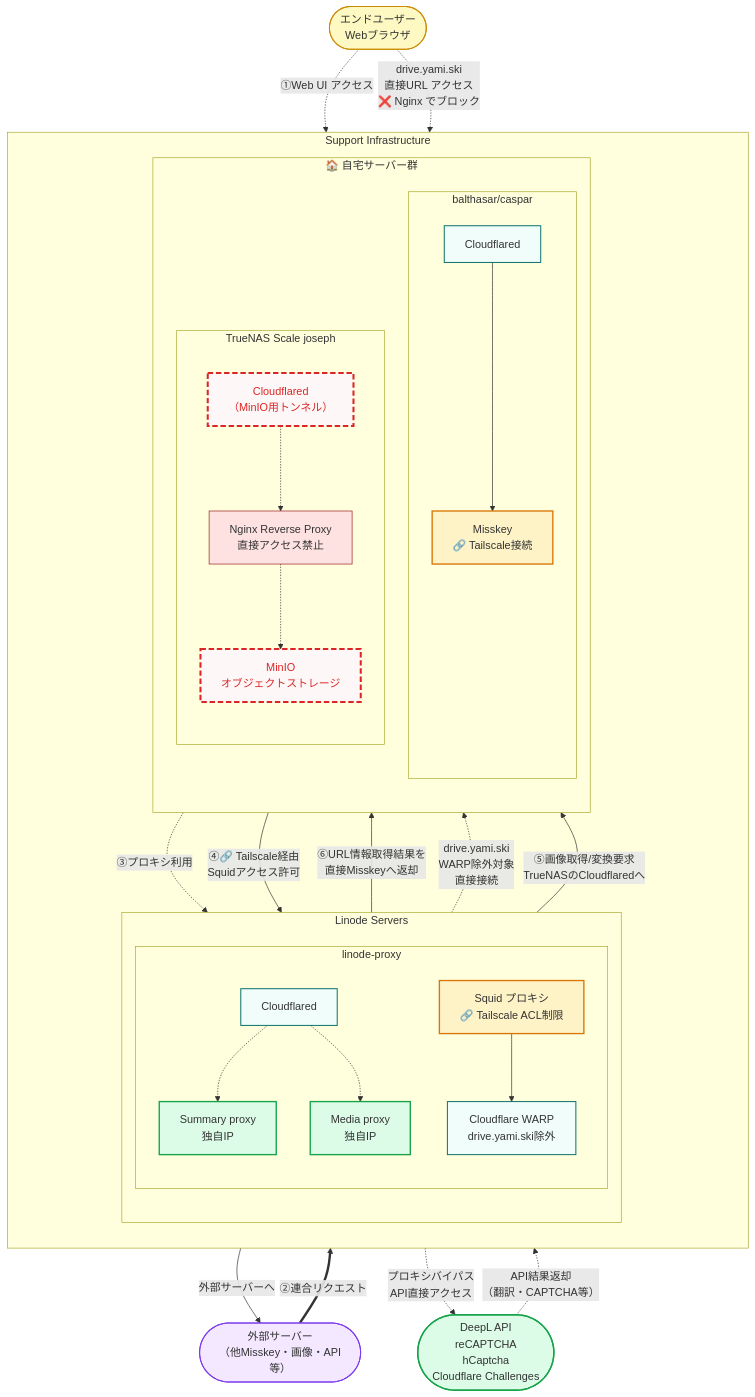
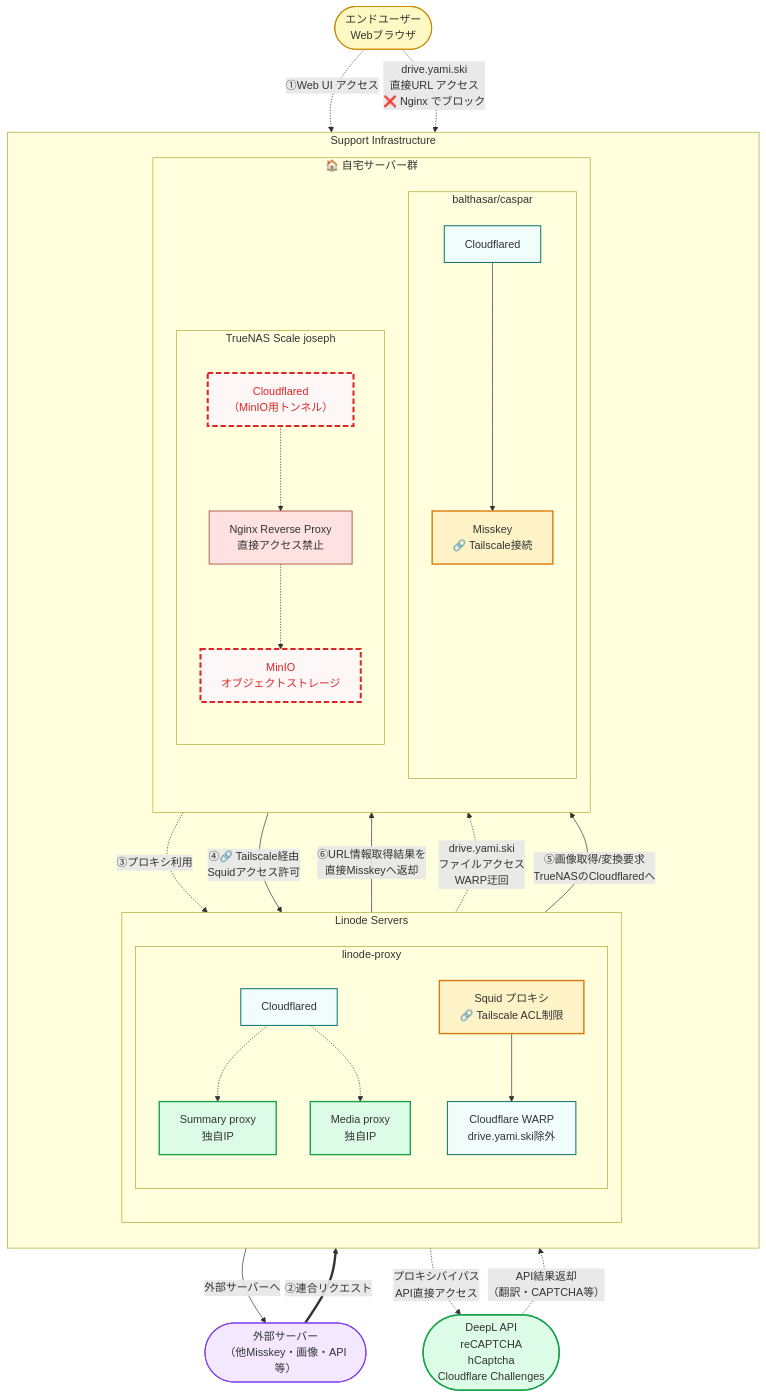
The fifth of 5 diagrams in README.md (yamisskey-dev/hosted-list), drawn with Mermaid before and after one commit.

````diff
--- a/README.md
+++ b/README.md
@@ -444,80 +444,80 @@
 ```mermaid
 graph TB
 classDef homeServer fill:#e2e8f0,stroke:#334155,stroke-width:2px
 classDef service fill:#f8fafc,stroke:#64748b,stroke-width:1px
 classDef security fill:#fee2e2,stroke:#991b1b,stroke-width:1px
 classDef cloudflare fill:#f0fdfa,stroke:#0f766e,stroke-width:1.5px
 classDef user fill:#fef9c3,stroke:#ca8a04,stroke-width:1.5px
 classDef federation fill:#f3e8ff,stroke:#7c3aed,stroke-width:1.5px
 classDef excludeHome fill:#fef7f7,stroke:#dc2626,stroke-width:3px,stroke-dasharray: 8 4,color:#dc2626
 classDef direct fill:#dcfce7,stroke:#16a34a,stroke-width:2px
 classDef tailscale fill:#fef3c7,stroke:#d97706,stroke-width:2px
 
 %% External actors
 enduser([エンドユーザー<br/>Webブラウザ]):::user
 external_servers([外部サーバー<br/>（他Misskey・画像・API等）]):::federation
 bypass_services([DeepL API<br/>reCAPTCHA<br/>hCaptcha<br/>Cloudflare Challenges]):::direct
 
 subgraph support[Support Infrastructure]
     direction TB
     
     subgraph linode[Linode Servers]
         direction TB
         subgraph proxy[linode-proxy]
             summaryproxy[Summary proxy<br/>独自IP]:::direct
             mediaproxy[Media proxy<br/>独自IP]:::direct
             squid[Squid プロキシ<br/>🔗 Tailscale ACL制限]:::tailscale
             warp[Cloudflare WARP<br/>drive.yami.ski除外]:::cloudflare
             cloudflared_p[Cloudflared]:::cloudflare
         end
     end
     
     subgraph homeservers[🏠 自宅サーバー群]
         direction TB
         subgraph balthasar_caspar[balthasar/caspar]
             yamisskey[Misskey<br/>🔗 Tailscale接続]:::tailscale
             cloudflared_bc[Cloudflared]:::cloudflare
         end
         
         subgraph truenas[TrueNAS Scale joseph]
             direction TB
             nginx_minio[Nginx Reverse Proxy<br/>直接アクセス禁止]:::security
             minio[MinIO<br/>オブジェクトストレージ]:::excludeHome
             cloudflared_home[Cloudflared<br/>（MinIO用トンネル）]:::excludeHome
         end
     end
 end
 
 %% エンドユーザーのアクセス経路
 enduser -.->|"①Web UI アクセス"| cloudflared_bc
 cloudflared_bc --> yamisskey
 
 %% 外部サーバーからの連合リクエスト
 external_servers ==>|"②連合リクエスト"| cloudflared_bc
 
 %% Misskeyサーバーからプロキシへの内部リクエスト
 yamisskey -.->|"③プロキシ利用"| cloudflared_p
 cloudflared_p -.-> summaryproxy
 cloudflared_p -.-> mediaproxy
 
 %% === Misskeyのみ Tailscale経由でSquid使用 ===
 yamisskey -->|"④🔗 Tailscale経由<br/>Squidアクセス許可"| squid
 squid --> warp
 
 %% WARPからの分岐
 warp -->|"外部サーバーへ"| external_servers
-warp -.->|"drive.yami.ski<br/>WARP除外対象<br/>直接接続"| cloudflared_home
+squid -.->|"drive.yami.ski<br/>ファイルアクセス<br/>WARP迂回"| cloudflared_home
 cloudflared_home -.-> nginx_minio
 nginx_minio -.-> minio
 
 %% === MediaProxy・SummaryProxy のルート修正（インターネットノード撤去） ===
 mediaproxy -->|"⑤画像取得/変換要求<br/>TrueNASのCloudflaredへ"| cloudflared_home
 summaryproxy -->|"⑥URL情報取得結果を<br/>直接Misskeyへ返却"| yamisskey
 
 %% プロキシバイパス対象（特定APIサービス）
 yamisskey -.->|"プロキシバイパス<br/>API直接アクセス"| bypass_services
 bypass_services -.->|"API結果返却<br/>（翻訳・CAPTCHA等）"| yamisskey
 
 %% 直接URLアクセス（ブロック）
 enduser -.->|"drive.yami.ski<br/>直接URL アクセス<br/>❌ Nginx でブロック"| cloudflared_home
 ```
````
